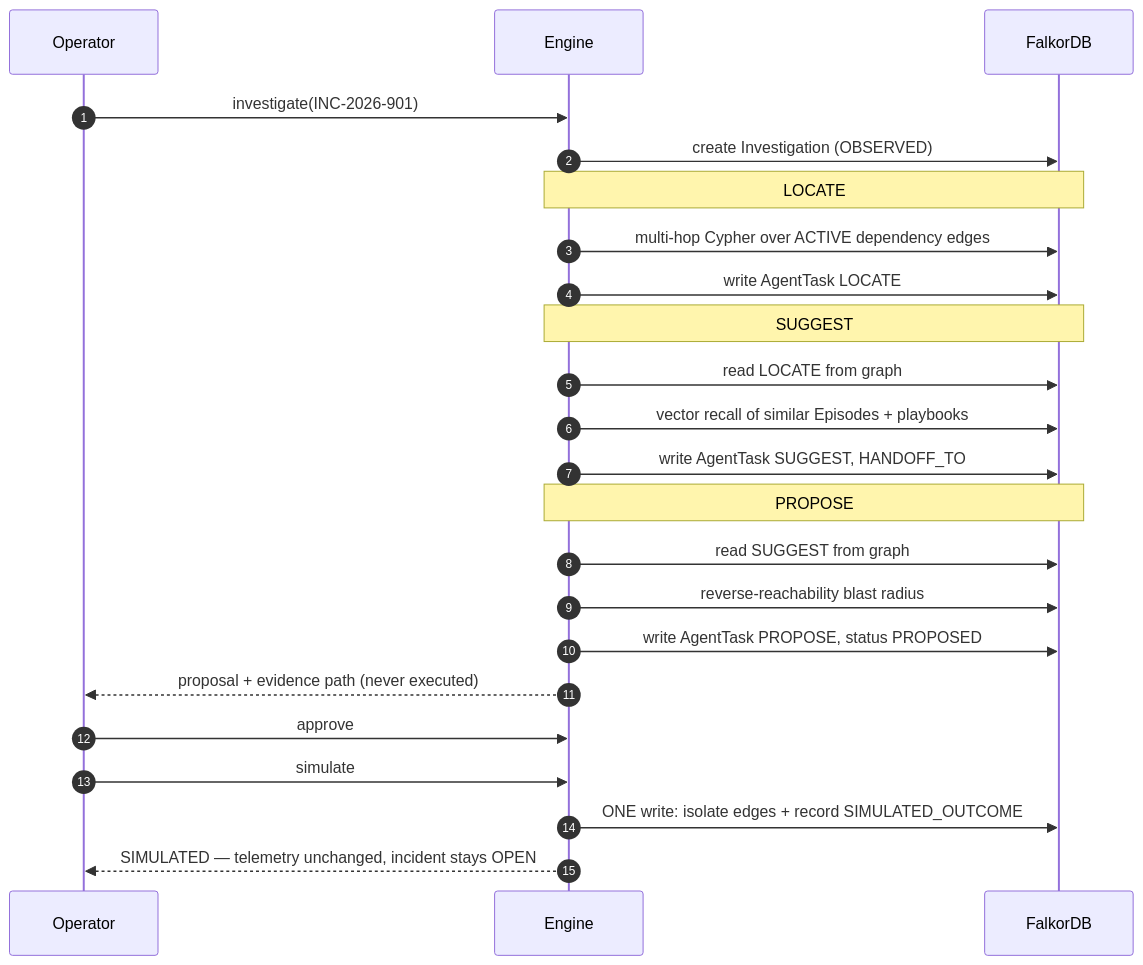
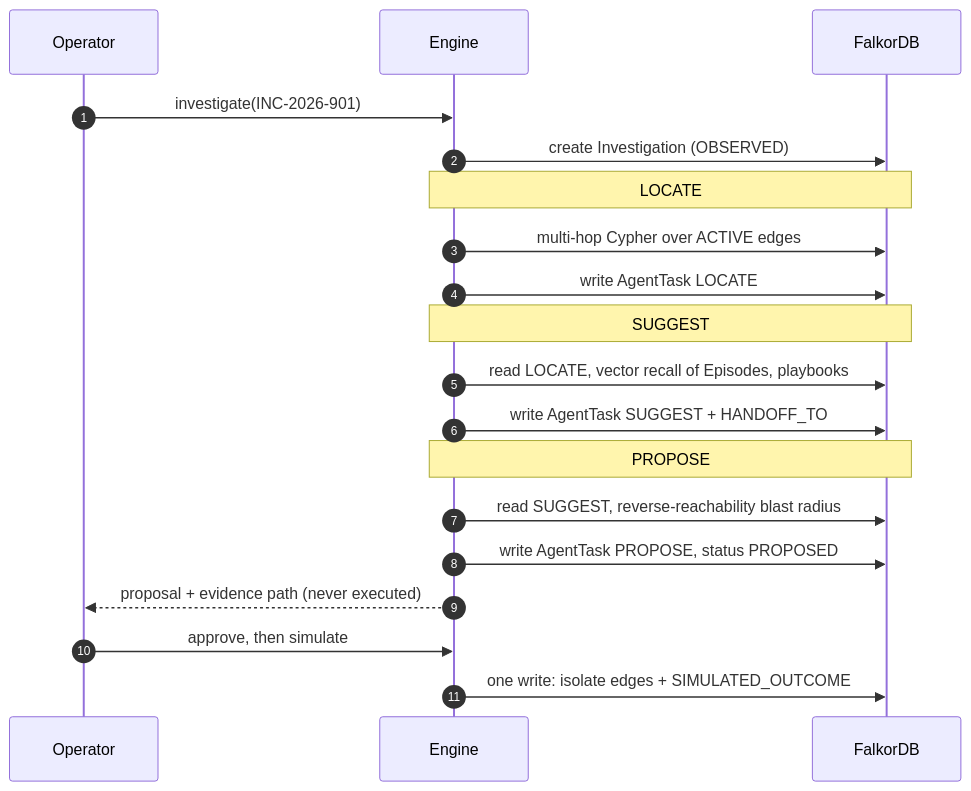
Before and after one commit to krish57-bit/AEGIS: the third of 4 diagrams in README.md, drawn with Mermaid. The commit also changed other lines of this file and 1 other file, not shown here.

````diff
--- a/README.md
+++ b/README.md
@@ -129,26 +87,21 @@
 ```mermaid
 sequenceDiagram
     autonumber
     participant U as Operator
     participant E as Engine
     participant F as FalkorDB
-
     U->>E: investigate(INC-2026-901)
     E->>F: create Investigation (OBSERVED)
     Note over E,F: LOCATE
-    E->>F: multi-hop Cypher over ACTIVE dependency edges
+    E->>F: multi-hop Cypher over ACTIVE edges
     E->>F: write AgentTask LOCATE
     Note over E,F: SUGGEST
-    E->>F: read LOCATE from graph
-    E->>F: vector recall of similar Episodes + playbooks
-    E->>F: write AgentTask SUGGEST, HANDOFF_TO
+    E->>F: read LOCATE, vector recall of Episodes, playbooks
+    E->>F: write AgentTask SUGGEST + HANDOFF_TO
     Note over E,F: PROPOSE
-    E->>F: read SUGGEST from graph
-    E->>F: reverse-reachability blast radius
+    E->>F: read SUGGEST, reverse-reachability blast radius
     E->>F: write AgentTask PROPOSE, status PROPOSED
     E-->>U: proposal + evidence path (never executed)
-    U->>E: approve
-    U->>E: simulate
-    E->>F: ONE write: isolate edges + record SIMULATED_OUTCOME
-    E-->>U: SIMULATED — telemetry unchanged, incident stays OPEN
+    U->>E: approve, then simulate
+    E->>F: one write: isolate edges + SIMULATED_OUTCOME
 ```
````
